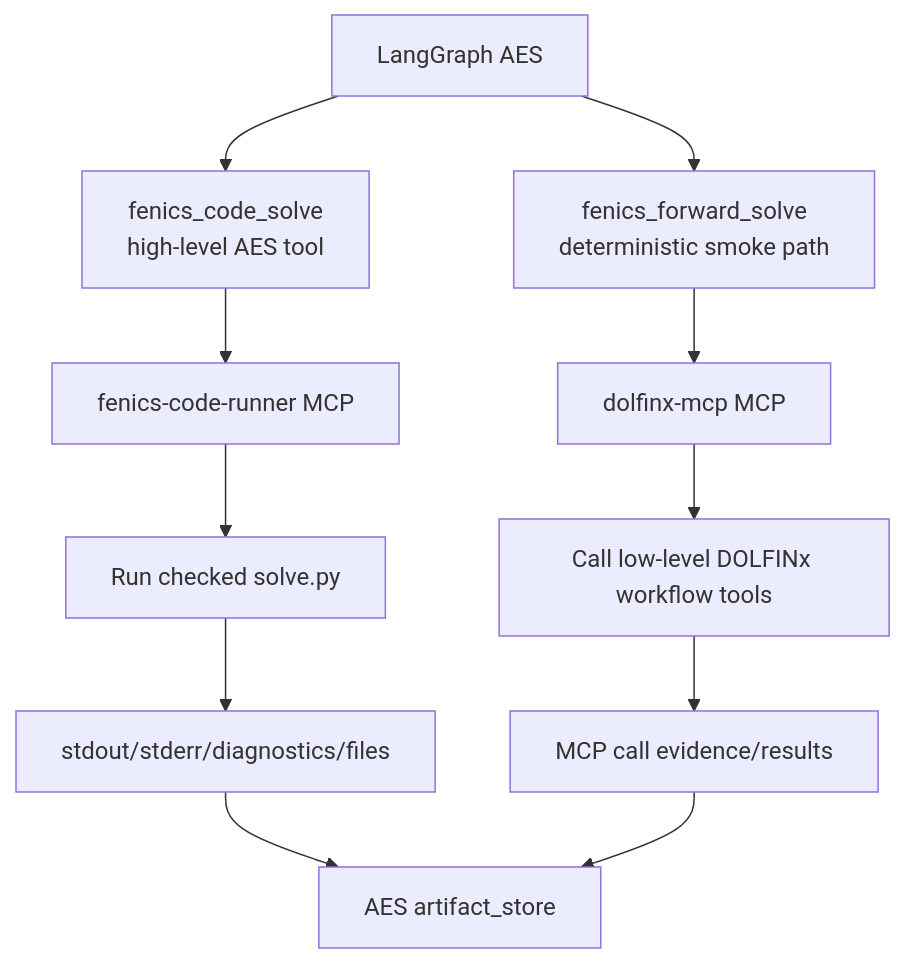
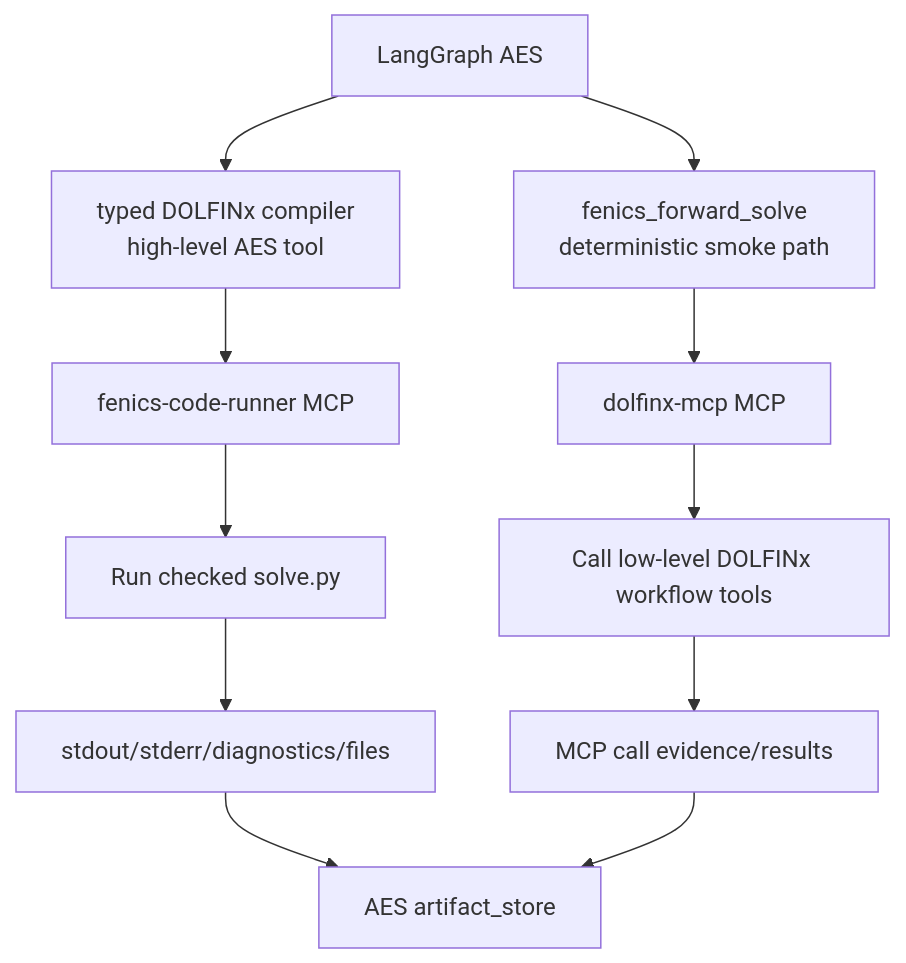
The first of 4 diagrams in mcp/providers/fenics/architecture.md (RadmirG/AES), drawn with Mermaid before and after one commit. The commit also changed other lines of this file and 60 other files, not shown here.

````diff
--- a/mcp/providers/fenics/architecture.md
+++ b/mcp/providers/fenics/architecture.md
@@ -7,17 +7,17 @@
 ```mermaid
 flowchart TD
-    A["LangGraph AES"] --> B["fenics_code_solve<br/>high-level AES tool"]
+    A["LangGraph AES"] --> B["typed DOLFINx compiler<br/>high-level AES tool"]
     A --> C["fenics_forward_solve<br/>deterministic smoke path"]
 
     B --> D["fenics-code-runner MCP"]
     C --> E["dolfinx-mcp MCP"]
 
     D --> F["Run checked solve.py"]
     E --> G["Call low-level DOLFINx workflow tools"]
 
     F --> H["stdout/stderr/diagnostics/files"]
     G --> I["MCP call evidence/results"]
 
     H --> J["AES artifact_store"]
     I --> J
 ```
````
